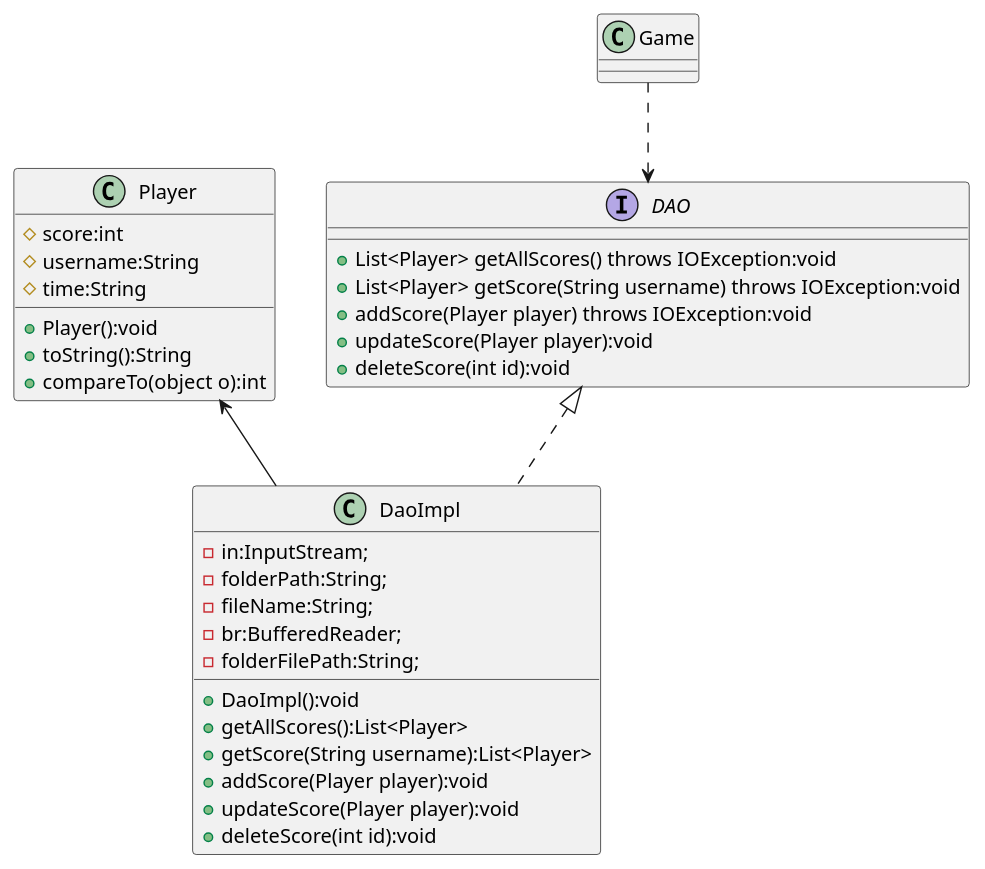
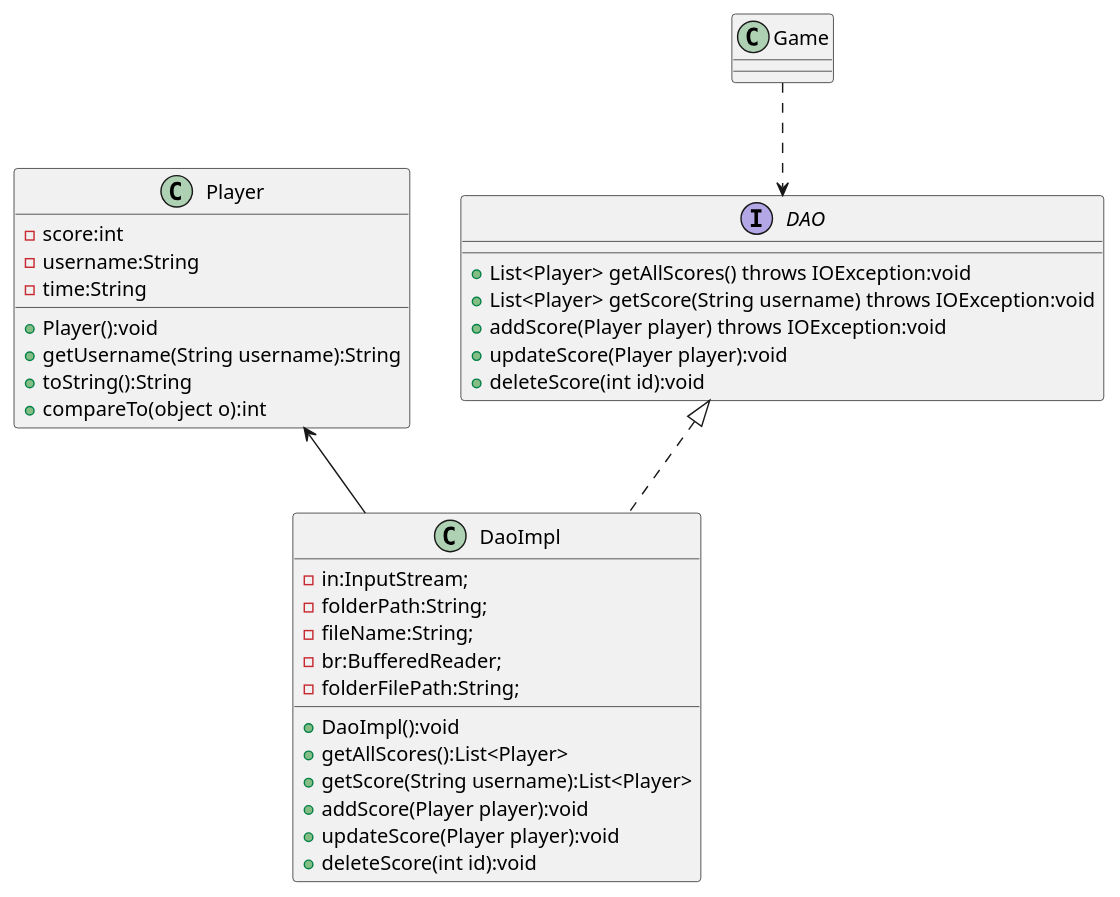
One commit to hazuki-nana/COMP2027 changed the diagram in uml/DAO.puml. Above: the diagram before and after it, drawn with PlantUML. The commit also changed 5 other files, not shown here.

```diff
--- a/uml/DAO.puml
+++ b/uml/DAO.puml
@@ -1,38 +1,39 @@
 @startuml
 'https://plantuml.com/sequence-diagram
 
 interface DAO {
     +List<Player> getAllScores() throws IOException:void
     +List<Player> getScore(String username) throws IOException:void
     +addScore(Player player) throws IOException:void
     +updateScore(Player player):void
     +deleteScore(int id):void
 }
 
 class DaoImpl{
     -in:InputStream;
     -folderPath:String;
     -fileName:String;
     -br:BufferedReader;
     -folderFilePath:String;
     +DaoImpl():void
     +getAllScores():List<Player>
     +getScore(String username):List<Player>
     +addScore(Player player):void
     +updateScore(Player player):void
     +deleteScore(int id):void
 }
 DAO <|.. DaoImpl
 
 class Player{
-    #score:int
-    #username:String
-    #time:String
+    -score:int
+    -username:String
+    -time:String
     +Player():void
+    +getUsername(String username):String
     +toString():String
     +compareTo(object o):int
 }
 Player <-- DaoImpl
 
 Game ..> DAO
 @enduml
```
